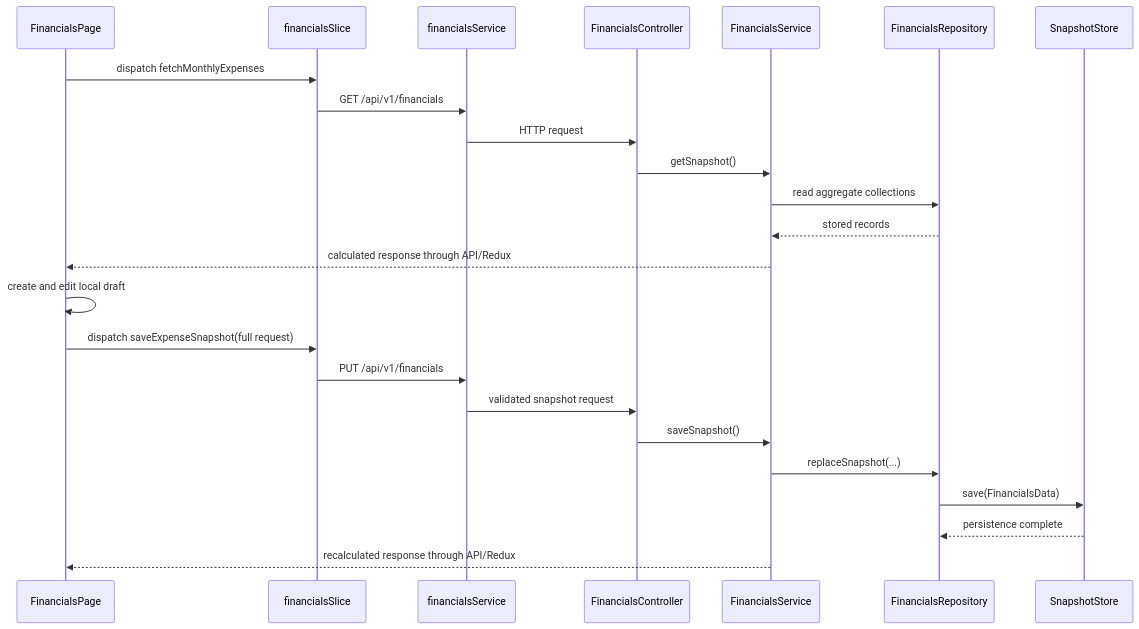
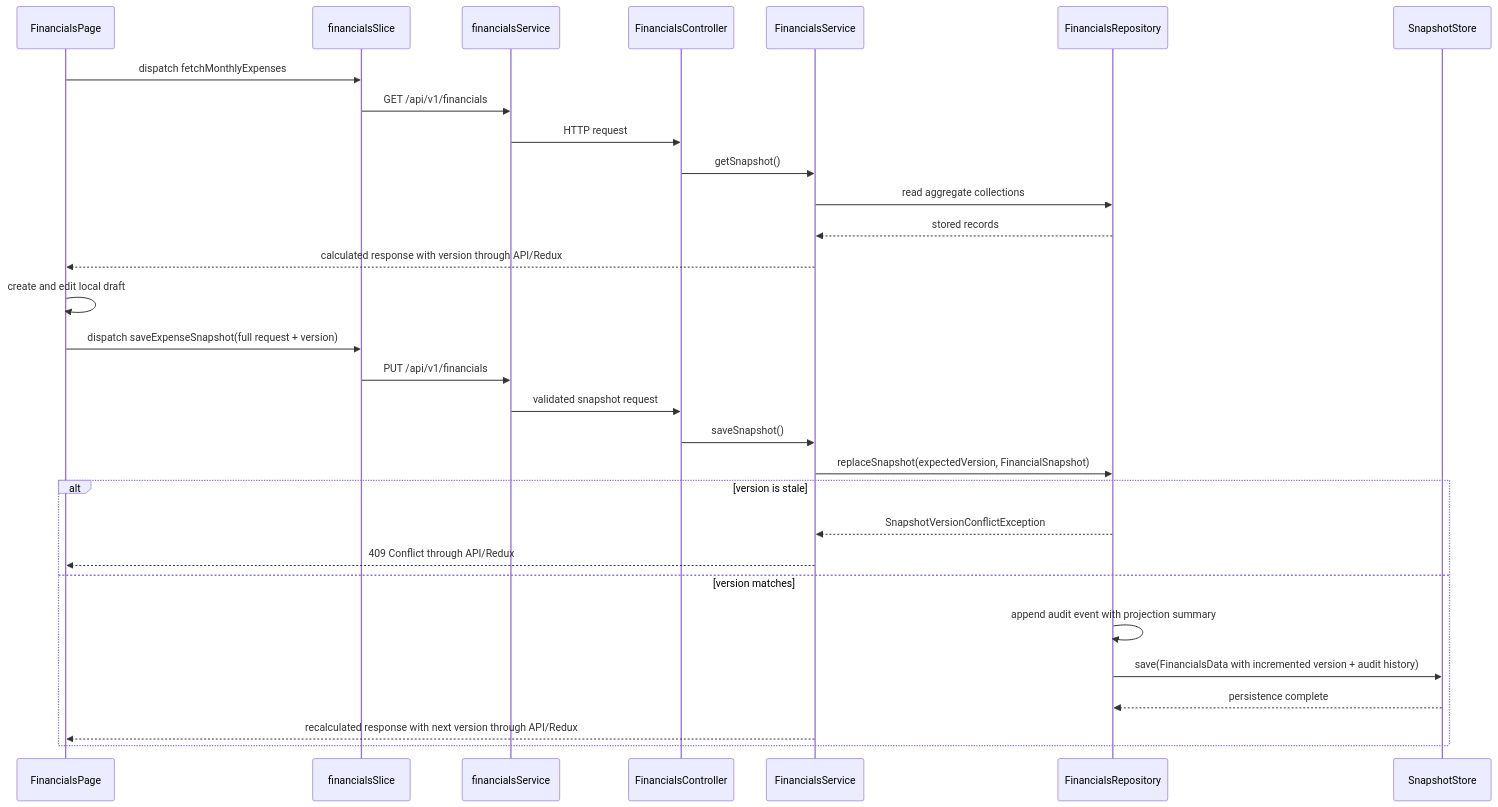
The third of 4 diagrams in docs/architecture-map.md (everdein/pay-period-planner), drawn with Mermaid before and after one commit. The commit also changed other lines of this file and 123 other files, not shown here.

First line of the commit message:
Complete financial persistence, security, and maintenance workflows (#28)

````diff
--- a/docs/architecture-map.md
+++ b/docs/architecture-map.md
@@ -97,27 +113,33 @@
 ```mermaid
 sequenceDiagram
     participant Page as FinancialsPage
     participant Redux as financialsSlice
     participant Client as financialsService
     participant API as FinancialsController
     participant Domain as FinancialsService
     participant Repo as FinancialsRepository
     participant Store as SnapshotStore
 
     Page->>Redux: dispatch fetchMonthlyExpenses
     Redux->>Client: GET /api/v1/financials
     Client->>API: HTTP request
     API->>Domain: getSnapshot()
     Domain->>Repo: read aggregate collections
     Repo-->>Domain: stored records
-    Domain-->>Page: calculated response through API/Redux
+    Domain-->>Page: calculated response with version through API/Redux
     Page->>Page: create and edit local draft
-    Page->>Redux: dispatch saveExpenseSnapshot(full request)
+    Page->>Redux: dispatch saveExpenseSnapshot(full request + version)
     Redux->>Client: PUT /api/v1/financials
     Client->>API: validated snapshot request
     API->>Domain: saveSnapshot()
-    Domain->>Repo: replaceSnapshot(...)
-    Repo->>Store: save(FinancialsData)
-    Store-->>Repo: persistence complete
-    Domain-->>Page: recalculated response through API/Redux
+    Domain->>Repo: replaceSnapshot(expectedVersion, FinancialSnapshot)
+    alt version is stale
+        Repo-->>Domain: SnapshotVersionConflictException
+        Domain-->>Page: 409 Conflict through API/Redux
+    else version matches
+        Repo->>Repo: append audit event with projection summary
+        Repo->>Store: save(FinancialsData with incremented version + audit history)
+        Store-->>Repo: persistence complete
+        Domain-->>Page: recalculated response with next version through API/Redux
+    end
 ```
````
